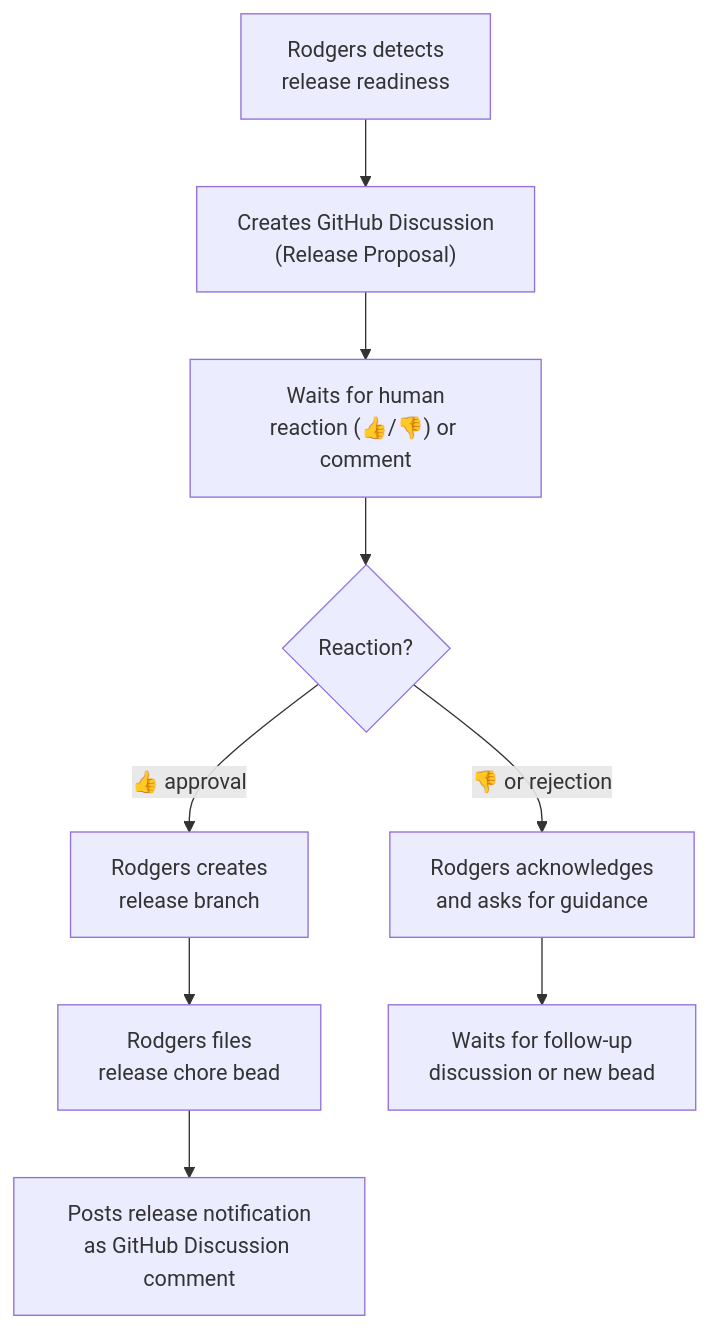
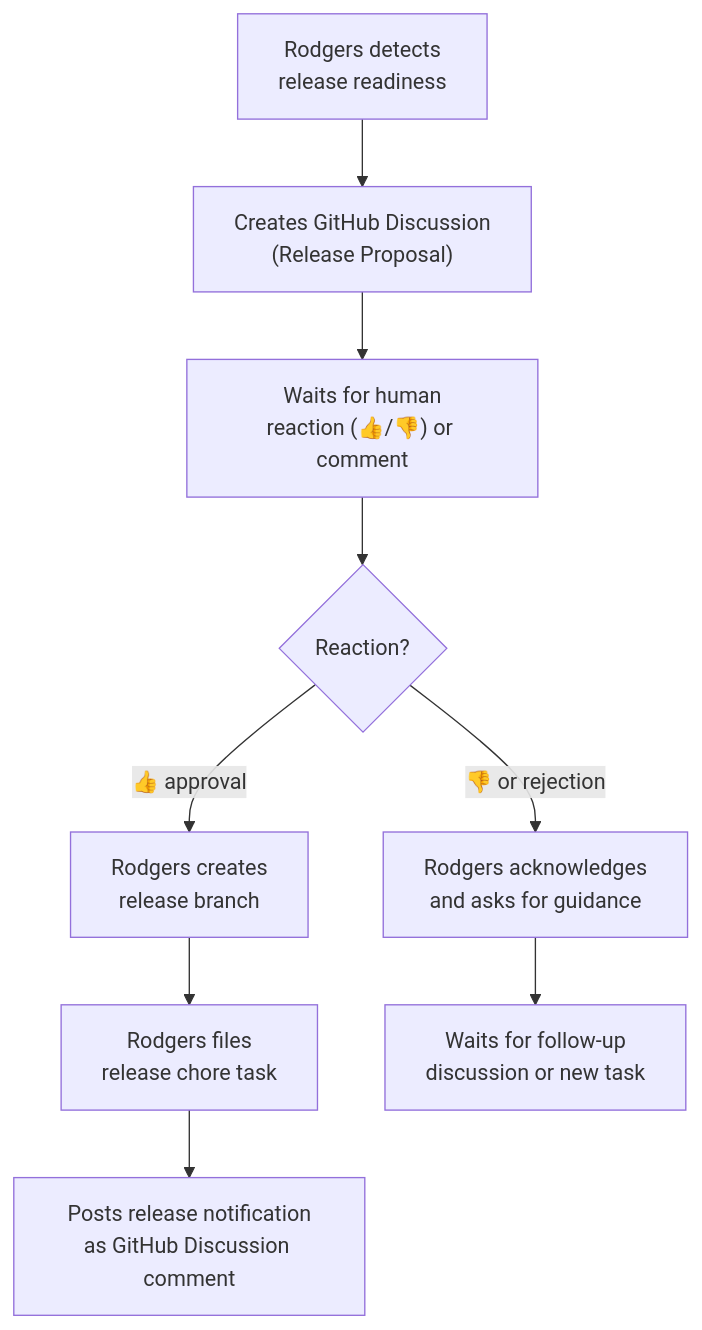
One commit to lesserevil/rogers changed the second of 2 diagrams in plans/release-management-plan.md. Above: the diagram before and after it, drawn with Mermaid. The commit also changed other lines of this file and 248 other files, not shown here.

````diff
--- a/plans/release-management-plan.md
+++ b/plans/release-management-plan.md
@@ -90,11 +90,11 @@
 ```mermaid
 flowchart TD
     A["Rodgers detects\nrelease readiness"] --> B["Creates GitHub Discussion\n(Release Proposal)"]
     B --> C["Waits for human\nreaction (👍/👎) or comment"]
     C --> D{"Reaction?"}
     D -->|"👍 approval"| E["Rodgers creates\nrelease branch"]
-    E --> F["Rodgers files\nrelease chore bead"]
+    E --> F["Rodgers files\nrelease chore task"]
     F --> G["Posts release notification\nas GitHub Discussion comment"]
     D -->|"👎 or rejection"| H["Rodgers acknowledges\nand asks for guidance"]
-    H --> I["Waits for follow-up\ndiscussion or new bead"]
+    H --> I["Waits for follow-up\ndiscussion or new task"]
 ```
````
